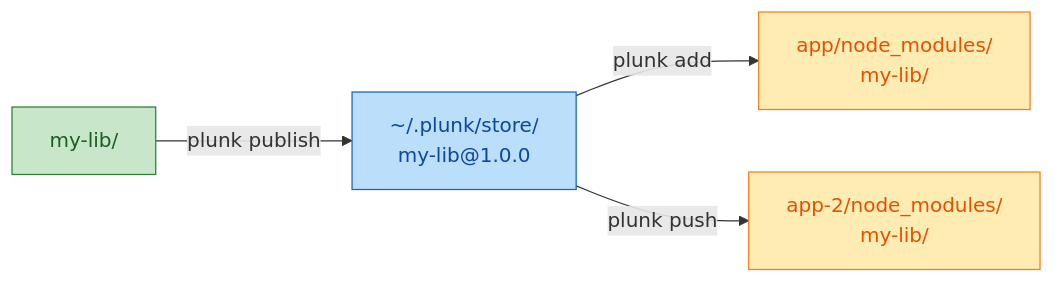
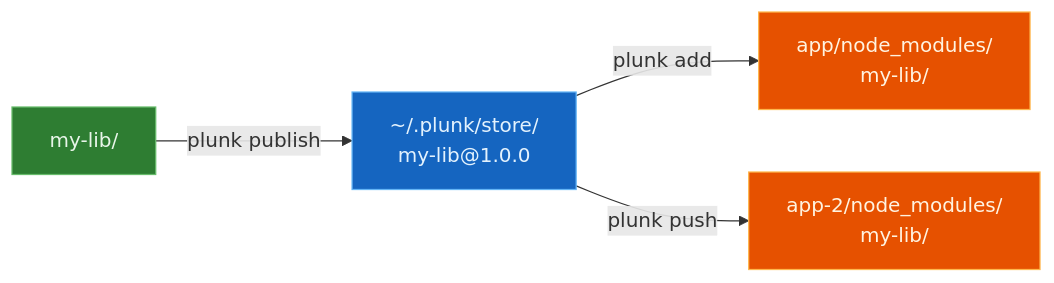
One commit to oleg-kuibar/plunk changed the diagram in README.md. Above: the diagram before and after it, drawn with Mermaid. The commit also changed 5 other files, not shown here.

First line of the commit message:
docs: use dark-fill mermaid colors for dark-themed UI readability

````diff
--- a/README.md
+++ b/README.md
@@ -19,11 +19,11 @@
 ```mermaid
 graph LR
     A["my-lib/"] -- "plunk publish" --> B["~/.plunk/store/<br/>my-lib@1.0.0"]
     B -- "plunk add" --> C["app/node_modules/<br/>my-lib/"]
     B -- "plunk push" --> D["app-2/node_modules/<br/>my-lib/"]
 
-    style A fill:#c8e6c9,stroke:#2e7d32,color:#1b5e20
-    style B fill:#bbdefb,stroke:#1565c0,color:#0d47a1
-    style C fill:#ffecb3,stroke:#f57f17,color:#e65100
-    style D fill:#ffecb3,stroke:#f57f17,color:#e65100
+    style A fill:#2e7d32,stroke:#66bb6a,color:#e8f5e9
+    style B fill:#1565c0,stroke:#64b5f6,color:#e3f2fd
+    style C fill:#e65100,stroke:#ffb74d,color:#fff3e0
+    style D fill:#e65100,stroke:#ffb74d,color:#fff3e0
 ```
````
